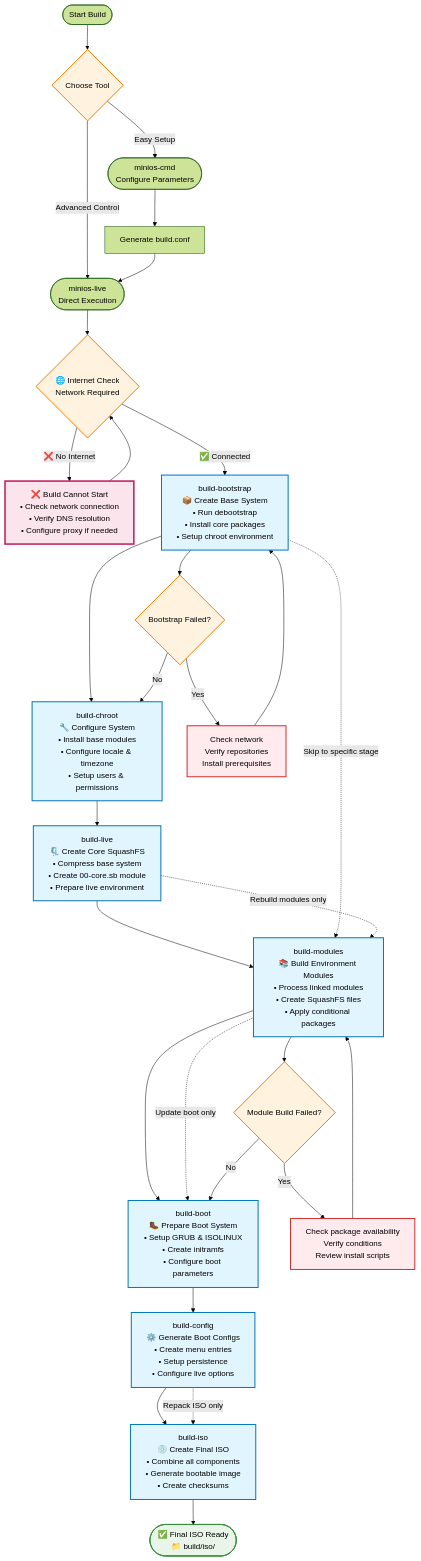
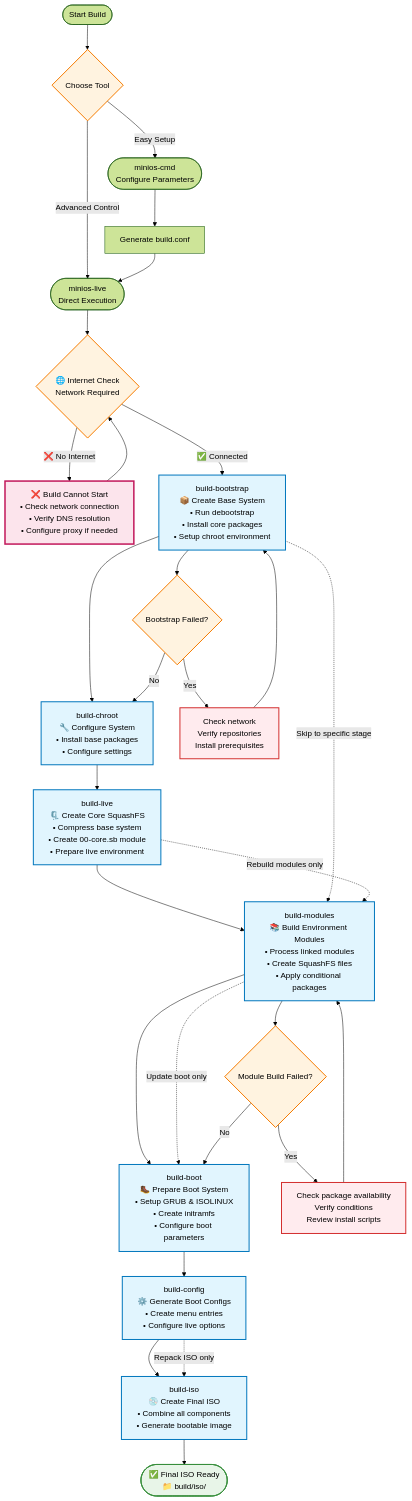
Before and after one commit to minios-linux/docs: the diagram in Building-MiniOS.md, drawn with Mermaid (forest theme).

Commit message:
Refine build flowchart in Building MiniOS guide for clarity

````diff
--- a/Building-MiniOS.md
+++ b/Building-MiniOS.md
@@ -105,62 +105,62 @@
 ```mermaid
 flowchart TD
     Start([Start Build]) --> Choice{Choose Tool}
     
     Choice -->|Easy Setup| A([minios-cmd<br/>Configure Parameters])
     Choice -->|Advanced Control| B([minios-live<br/>Direct Execution])
     
     A --> A1[Generate build.conf]
     A1 --> B
     
     B --> PreCheck{🌐 Internet Check<br/>Network Required}
     PreCheck -->|❌ No Internet| NetworkFail[❌ Build Cannot Start<br/>• Check network connection<br/>• Verify DNS resolution<br/>• Configure proxy if needed]
     PreCheck -->|✅ Connected| C1
     
     NetworkFail --> PreCheck
     
     C1[build-bootstrap<br/>📦 Create Base System<br/>• Run debootstrap<br/>• Install core packages<br/>• Setup chroot environment]
     
-    C1 --> C2[build-chroot<br/>🔧 Configure System<br/>• Install base modules<br/>• Configure locale & timezone<br/>• Setup users & permissions]
+    C1 --> C2[build-chroot<br/>🔧 Configure System<br/>• Install base packages<br/>• Configure settings]
     
     C2 --> C3[build-live<br/>🗜️ Create Core SquashFS<br/>• Compress base system<br/>• Create 00-core.sb module<br/>• Prepare live environment]
     
     C3 --> C4[build-modules<br/>📚 Build Environment Modules<br/>• Process linked modules<br/>• Create SquashFS files<br/>• Apply conditional packages]
     
     C4 --> C5[build-boot<br/>🥾 Prepare Boot System<br/>• Setup GRUB & ISOLINUX<br/>• Create initramfs<br/>• Configure boot parameters]
     
-    C5 --> C6[build-config<br/>⚙️ Generate Boot Configs<br/>• Create menu entries<br/>• Setup persistence<br/>• Configure live options]
+    C5 --> C6[build-config<br/>⚙️ Generate Boot Configs<br/>• Create menu entries<br/>• Configure live options]
     
-    C6 --> C7[build-iso<br/>💿 Create Final ISO<br/>• Combine all components<br/>• Generate bootable image<br/>• Create checksums]
+    C6 --> C7[build-iso<br/>💿 Create Final ISO<br/>• Combine all components<br/>• Generate bootable image]
     
     C7 --> Success([✅ Final ISO Ready<br/>📁 build/iso/])
     
     %% Alternative paths
     C1 -.->|Skip to specific stage| C4
     C3 -.->|Rebuild modules only| C4
     C4 -.->|Update boot only| C5
     C6 -.->|Repack ISO only| C7
     
     %% Error handling
     C1 --> Error1{Bootstrap Failed?}
     Error1 -->|Yes| Fix1[Check network<br/>Verify repositories<br/>Install prerequisites]
     Error1 -->|No| C2
     Fix1 --> C1
     
     C4 --> Error2{Module Build Failed?}
     Error2 -->|Yes| Fix2[Check package availability<br/>Verify conditions<br/>Review install scripts]
     Error2 -->|No| C5
     Fix2 --> C4
     
     %% Styling
     classDef processBox fill:#e1f5fe,stroke:#0277bd,stroke-width:2px
     classDef choiceBox fill:#fff3e0,stroke:#f57c00,stroke-width:2px
     classDef errorBox fill:#ffebee,stroke:#d32f2f,stroke-width:2px
     classDef successBox fill:#e8f5e8,stroke:#388e3c,stroke-width:2px
     classDef criticalBox fill:#fce4ec,stroke:#c2185b,stroke-width:3px
     
     class C1,C2,C3,C4,C5,C6,C7 processBox
     class Choice,PreCheck,Error1,Error2 choiceBox
     class Fix1,Fix2 errorBox
     class Success successBox
     class NetworkFail criticalBox
 ```
````
